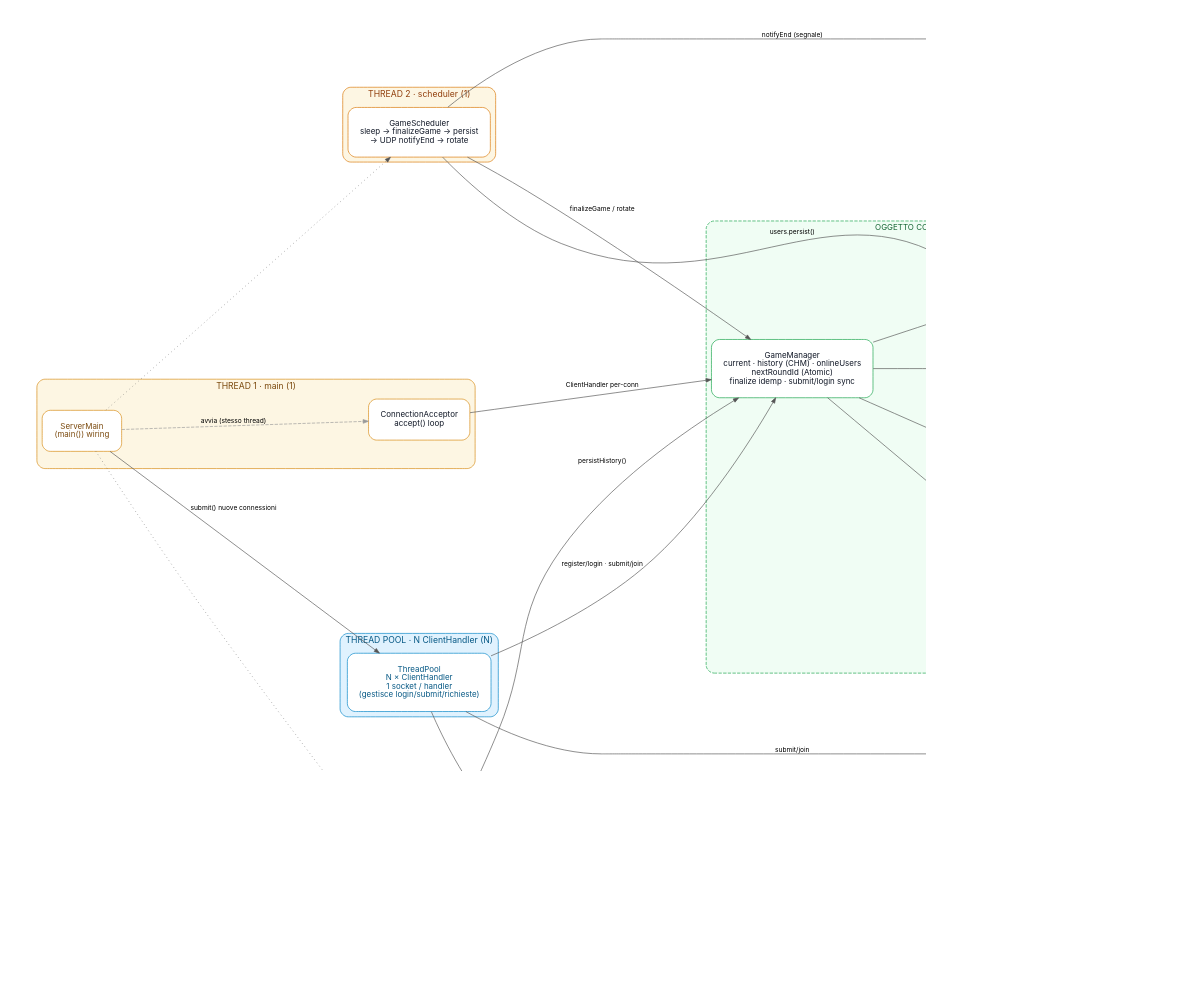
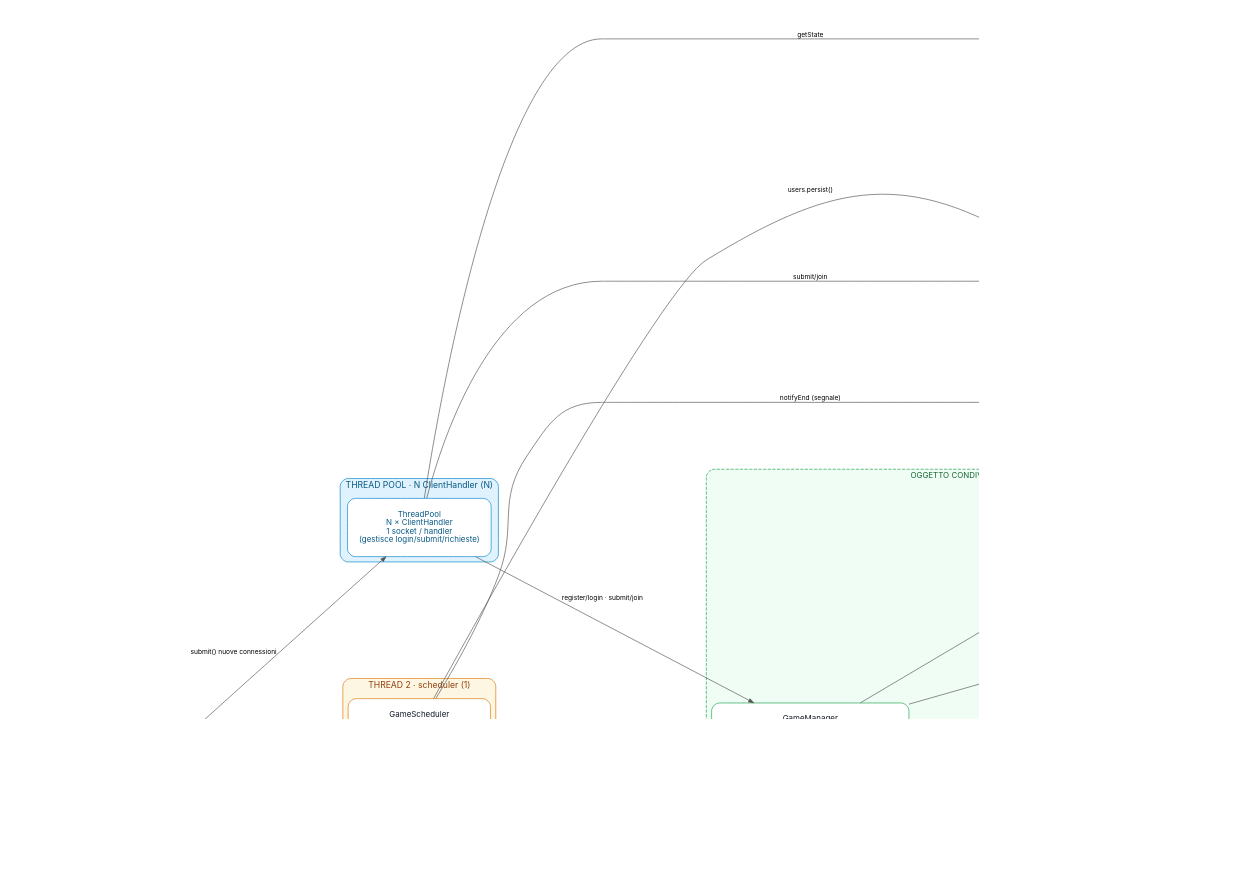
Before and after one commit to a2essiol3nzi/Connections_Game: the diagram in docs/explain/server/server_system_model.dot, drawn with Graphviz. The commit also changed 16 other files, not shown here.

First line of the commit message:
eliminazione persistence-thread

```diff
--- a/docs/explain/server/server_system_model.dot
+++ b/docs/explain/server/server_system_model.dot
@@ -1,70 +1,60 @@
 digraph Server {
   rankdir=LR;
   graph [bgcolor=white, fontname="Inter, Arial, Helvetica, sans-serif", splines=true, dpi=96,
          nodesep=1.2, ranksep=1.4, pad="0.6,0.6", labelloc="t"];
   node  [fontname="Inter, Arial, Helvetica, sans-serif", shape=box, style="rounded,filled",
          fontsize=12, margin=0.25];
   edge  [fontname="Inter, Arial, Helvetica, sans-serif", fontsize=10, color="#555555",
          arrowsize=0.8, minlen=2, labeldistance=2.5];
 
-  // ===== THREAD main: wiring + acceptor =====
+  // ===== THREAD 1 · main: wiring + acceptor =====
   subgraph cluster_main {
     label="THREAD 1 · main (1)"; fontsize=13; fontcolor="#7b4a0e"; style="rounded,filled";
     fillcolor="#fdf6e3"; color="#d68910";
     Main   [label="ServerMain\n(main()) wiring", fillcolor="#ffffff", color="#d68910", fontcolor="#7b4a0e"];
     Accept [label="ConnectionAcceptor\naccept() loop", fillcolor="#ffffff", color="#d68910", fontcolor="#111827"];
     Main -> Accept [label="avvia (stesso thread)", style=dashed, color="#999999"];
   }
 
-  // ===== THREAD 2 · scheduler =====
+  // ===== THREAD 2 · scheduler (persistenza event-driven VIA QUESTO THREAD) =====
   subgraph cluster_sched {
     label="THREAD 2 · scheduler (1)"; fontsize=13; fontcolor="#92400e"; style="rounded,filled";
     fillcolor="#fdf6e3"; color="#d97706";
     Sched [label="GameScheduler\nsleep → finalizeGame → persist\n→ UDP notifyEnd → rotate", fillcolor="#ffffff", color="#d97706", fontcolor="#111827"];
-  }
-
-  // ===== THREAD 3 · persist =====
-  subgraph cluster_persist {
-    label="THREAD 3 · persist (1)"; fontsize=13; fontcolor="#92400e"; style="rounded,filled";
-    fillcolor="#fdf6e3"; color="#d97706";
-    Persist [label="PersistenceThread\ntimer 30s → users.persist()\n+ persistHistory()", fillcolor="#ffffff", color="#d97706", fontcolor="#111827"];
   }
 
   // ===== THREAD POOL: N ClientHandler (separato da main/sched) =====
   subgraph cluster_pool {
     label="THREAD POOL · N ClientHandler (N)"; fontsize=13; fontcolor="#075985"; style="rounded,filled";
     fillcolor="#e0f2fe"; color="#0284c7";
     Pool [label="ThreadPool\nN × ClientHandler\n1 socket / handler\n(gestisce login/submit/richieste)", fillcolor="#ffffff", color="#0284c7", fontcolor="#075985"];
     Main -> Pool [label="submit() nuove connessioni"];
   }
 
   // ===== OGGETTO CONDIVISO (stato) =====
   subgraph cluster_shared {
     label="OGGETTO CONDIVISO tra i thread (lock)"; fontsize=12; fontcolor="#166534";
     style="rounded,filled,dashed"; fillcolor="#f0fdf4"; color="#16a34a";
-    GM     [label="GameManager\ncurrent · history (CHM) · onlineUsers\nnextRoundId (Atomic)\nfinalize idemp · submit/login sync", fillcolor="#ffffff", color="#16a34a", fontcolor="#111827"];
-    Store  [label="UserStore\nbyId · nameToId (CHM)\npersist() synchronized (3 fonti)", fillcolor="#ffffff", color="#16a34a", fontcolor="#111827"];
+    GM     [label="GameManager\ncurrent (volatile) · history (CHM) · onlineUsers\nnextRoundId (Atomic) · finalize idempotente\nsubmit lock-free · login/rotate sync", fillcolor="#ffffff", color="#16a34a", fontcolor="#111827"];
+    Store  [label="UserStore\nbyId · nameToId (CHM)\npersist event-driven: snapshot sotto this\n+ I/O su ioLock (NO timer)", fillcolor="#ffffff", color="#16a34a", fontcolor="#111827"];
     Active [label="ActiveGame\nplayers (CHM) · finalized\nsubmit lock su PlayerState", fillcolor="#ffffff", color="#16a34a", fontcolor="#111827"];
     Loader [label="GameLoader\nGson stream O(1)\nCyclicIterator", fillcolor="#ffffff", color="#16a34a", fontcolor="#111827"];
     Reg    [label="UdpRegistry\nuserId → addr:port (CHM)", fillcolor="#ffffff", color="#16a34a", fontcolor="#111827"];
     GM -> Store  [label="stats update"];
     GM -> Active [label="rotate / esiti"];
     GM -> Loader [label="games.next()"];
     GM -> Reg    [label="logoutUser"];
   }
 
   // ===== archi verso lo stato condiviso (lock) =====
   Accept -> GM   [label="ClientHandler per-conn"];
   Pool   -> GM    [label="register/login · submit/join"];
   Pool   -> Store [label="getState"];
   Pool   -> Active [label="submit/join"];
 
   Sched  -> GM    [label="finalizeGame / rotate"];
   Sched  -> Store [label="users.persist()", constraint=false];
   Sched  -> Reg   [label="notifyEnd (segnale)"]; // scheduler legge endpoint dal UdpRegistry
 
-  Persist-> Store [label="users.persist()"];
-  Persist-> GM    [label="persistHistory()", constraint=false];
   Main   -> Sched [style=dotted] // avvio
-  Main   -> Persist [style=dotted]
 }
```
